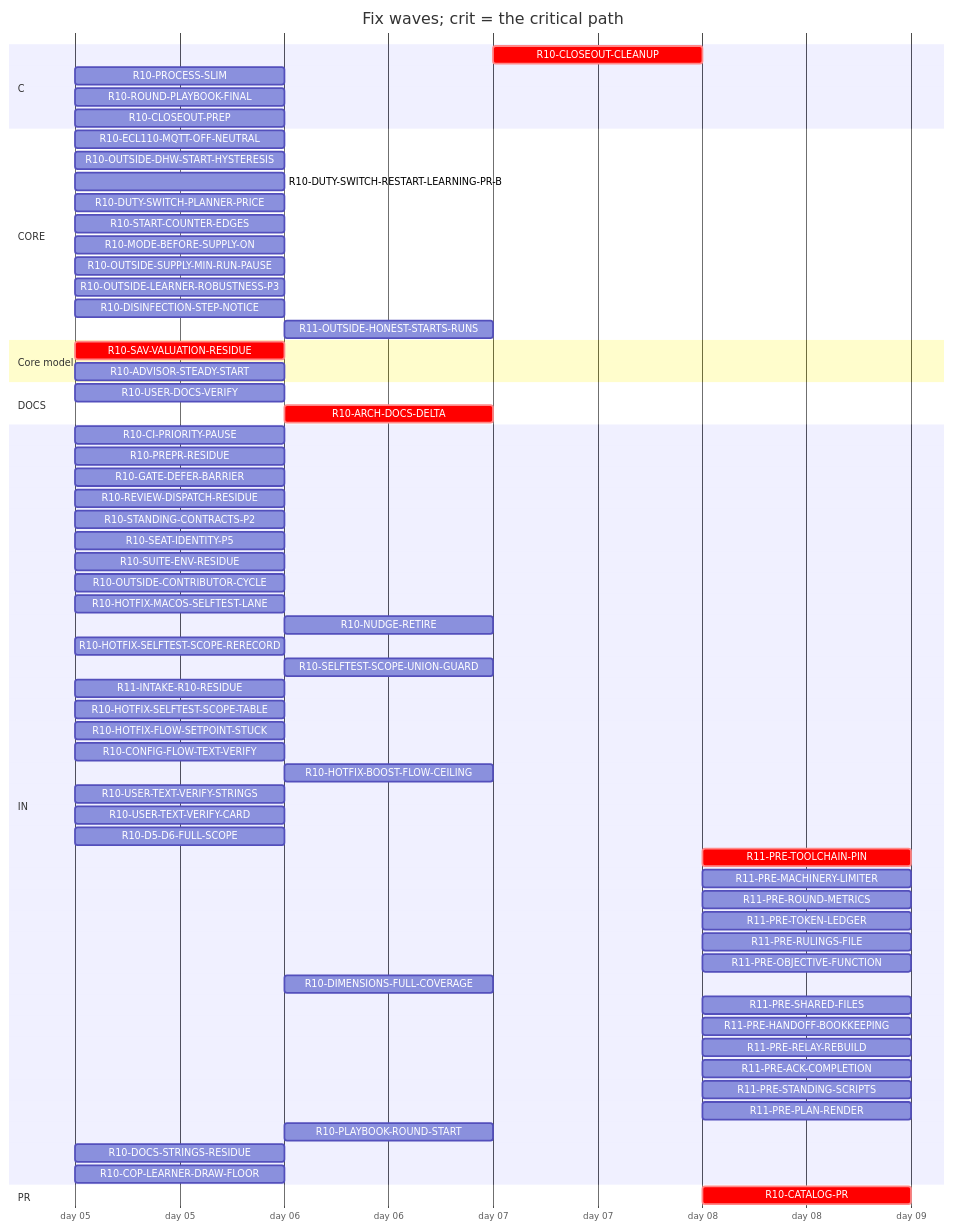
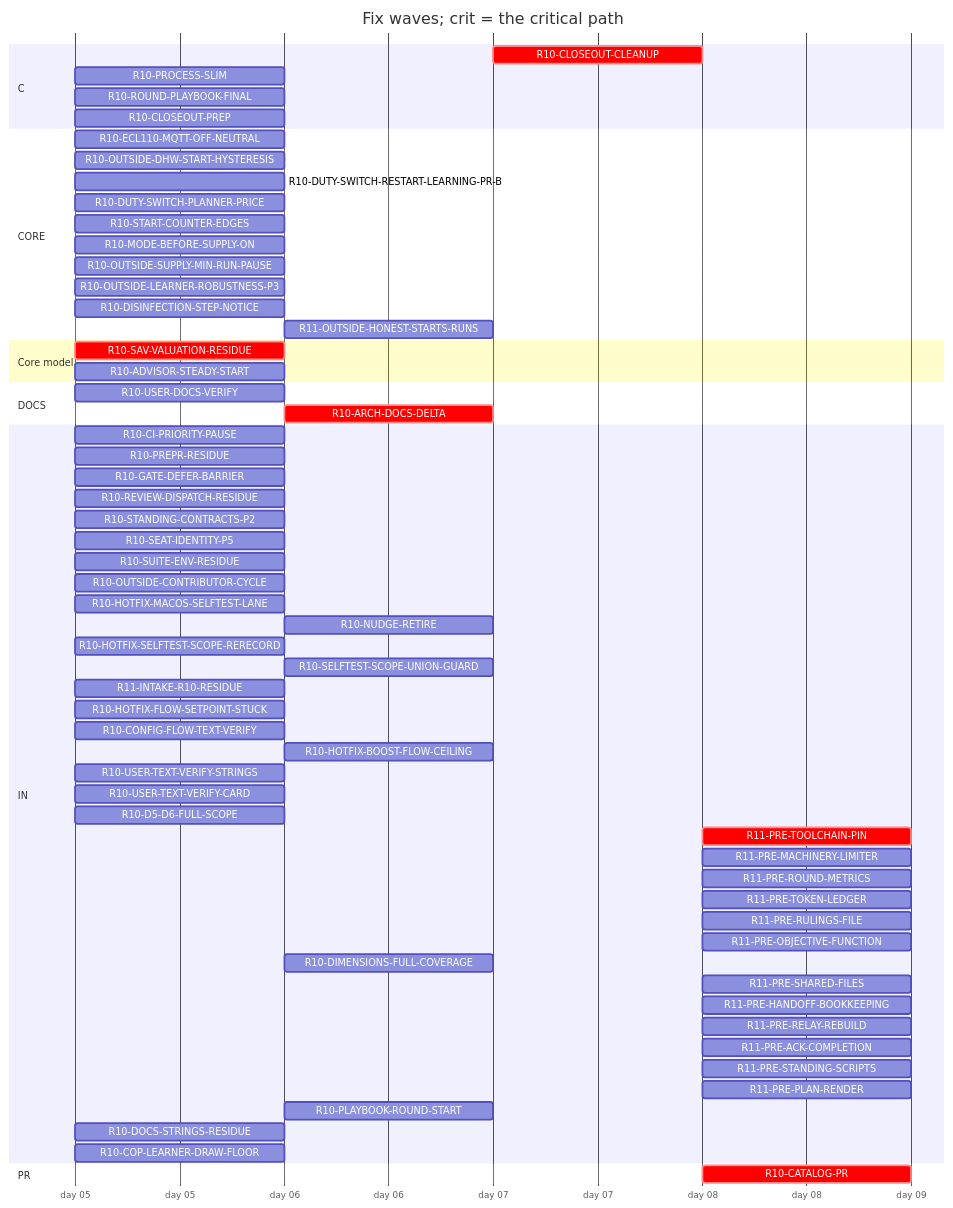
Before and after one commit to tvofi/heatpump_optimizer: the diagram in handoff/round10/state/PLAN-TABLE.md, drawn with Mermaid. The commit also changed other lines of this file and 4 other files, not shown here.

Commit message:
state: FLOW-BOARD.md, NEXT-SESSION-PROMPT.md, PLAN-TABLE.md, PLAN.html, RESUME-CURRENT.md regenerated (state_docs.py)

````diff
--- a/handoff/round10/state/PLAN-TABLE.md
+++ b/handoff/round10/state/PLAN-TABLE.md
@@ -19,67 +19,66 @@
 ```mermaid
 gantt
   title Fix waves; crit = the critical path
   dateFormat YYYY-MM-DD
   axisFormat day %d
   section C
     R10-CLOSEOUT-CLEANUP :crit, r10CLOSEOUTCLEANUP, after r10USERDOCSVERIFY r10CLOSEOUTPREP r10ARCHDOCSDELTA, 1d
     R10-PROCESS-SLIM :r10PROCESSSLIM, 2026-01-05, 1d
     R10-ROUND-PLAYBOOK-FINAL :r10ROUNDPLAYBOOKFINAL, 2026-01-05, 1d
     R10-CLOSEOUT-PREP :r10CLOSEOUTPREP, 2026-01-05, 1d
   section CORE
     R10-ECL110-MQTT-OFF-NEUTRAL :r10ECL110MQTTOFFNEUTRAL, 2026-01-05, 1d
     R10-OUTSIDE-DHW-START-HYSTERESIS :r10OUTSIDEDHWSTARTHYSTERESIS, 2026-01-05, 1d
     R10-DUTY-SWITCH-RESTART-LEARNING-PR-B :r10DUTYSWITCHRESTARTLEARNINGPRB, 2026-01-05, 1d
     R10-DUTY-SWITCH-PLANNER-PRICE :r10DUTYSWITCHPLANNERPRICE, 2026-01-05, 1d
     R10-START-COUNTER-EDGES :r10STARTCOUNTEREDGES, 2026-01-05, 1d
     R10-MODE-BEFORE-SUPPLY-ON :r10MODEBEFORESUPPLYON, 2026-01-05, 1d
     R10-OUTSIDE-SUPPLY-MIN-RUN-PAUSE :r10OUTSIDESUPPLYMINRUNPAUSE, 2026-01-05, 1d
     R10-OUTSIDE-LEARNER-ROBUSTNESS-P3 :r10OUTSIDELEARNERROBUSTNESSP3, 2026-01-05, 1d
     R10-DISINFECTION-STEP-NOTICE :r10DISINFECTIONSTEPNOTICE, 2026-01-05, 1d
     R11-OUTSIDE-HONEST-STARTS-RUNS :r11OUTSIDEHONESTSTARTSRUNS, after r10DUTYSWITCHPLANNERPRICE r10OUTSIDEDHWSTARTHYSTERESIS r10OUTSIDESUPPLYMINRUNPAUSE r10ADVISORSTEADYSTART, 1d
   section Core model
     R10-SAV-VALUATION-RESIDUE :crit, r10SAVVALUATIONRESIDUE, 2026-01-05, 1d
     R10-ADVISOR-STEADY-START :r10ADVISORSTEADYSTART, 2026-01-05, 1d
   section DOCS
     R10-USER-DOCS-VERIFY :r10USERDOCSVERIFY, 2026-01-05, 1d
     R10-ARCH-DOCS-DELTA :crit, r10ARCHDOCSDELTA, after r10SAVVALUATIONRESIDUE r10ADVISORSTEADYSTART, 1d
   section IN
     R10-CI-PRIORITY-PAUSE :r10CIPRIORITYPAUSE, 2026-01-05, 1d
     R10-PREPR-RESIDUE :r10PREPRRESIDUE, 2026-01-05, 1d
     R10-GATE-DEFER-BARRIER :r10GATEDEFERBARRIER, 2026-01-05, 1d
     R10-REVIEW-DISPATCH-RESIDUE :r10REVIEWDISPATCHRESIDUE, 2026-01-05, 1d
     R10-STANDING-CONTRACTS-P2 :r10STANDINGCONTRACTSP2, 2026-01-05, 1d
     R10-SEAT-IDENTITY-P5 :r10SEATIDENTITYP5, 2026-01-05, 1d
     R10-SUITE-ENV-RESIDUE :r10SUITEENVRESIDUE, 2026-01-05, 1d
     R10-OUTSIDE-CONTRIBUTOR-CYCLE :r10OUTSIDECONTRIBUTORCYCLE, 2026-01-05, 1d
     R10-HOTFIX-MACOS-SELFTEST-LANE :r10HOTFIXMACOSSELFTESTLANE, 2026-01-05, 1d
     R10-NUDGE-RETIRE :r10NUDGERETIRE, after r10ROUNDPLAYBOOKFINAL, 1d
     R10-HOTFIX-SELFTEST-SCOPE-RERECORD :r10HOTFIXSELFTESTSCOPERERECORD, 2026-01-05, 1d
     R10-SELFTEST-SCOPE-UNION-GUARD :r10SELFTESTSCOPEUNIONGUARD, after r10HOTFIXSELFTESTSCOPERERECORD, 1d
     R11-INTAKE-R10-RESIDUE :r11INTAKER10RESIDUE, 2026-01-05, 1d
-    R10-HOTFIX-SELFTEST-SCOPE-TABLE :r10HOTFIXSELFTESTSCOPETABLE, 2026-01-05, 1d
     R10-HOTFIX-FLOW-SETPOINT-STUCK :r10HOTFIXFLOWSETPOINTSTUCK, 2026-01-05, 1d
     R10-CONFIG-FLOW-TEXT-VERIFY :r10CONFIGFLOWTEXTVERIFY, 2026-01-05, 1d
     R10-HOTFIX-BOOST-FLOW-CEILING :r10HOTFIXBOOSTFLOWCEILING, after r10HOTFIXFLOWSETPOINTSTUCK, 1d
     R10-USER-TEXT-VERIFY-STRINGS :r10USERTEXTVERIFYSTRINGS, 2026-01-05, 1d
     R10-USER-TEXT-VERIFY-CARD :r10USERTEXTVERIFYCARD, 2026-01-05, 1d
     R10-D5-D6-FULL-SCOPE :r10D5D6FULLSCOPE, 2026-01-05, 1d
     R11-PRE-TOOLCHAIN-PIN :crit, r11PRETOOLCHAINPIN, after r10CATALOGPR, 1d
     R11-PRE-MACHINERY-LIMITER :r11PREMACHINERYLIMITER, after r10CATALOGPR, 1d
     R11-PRE-ROUND-METRICS :r11PREROUNDMETRICS, after r10CATALOGPR, 1d
     R11-PRE-TOKEN-LEDGER :r11PRETOKENLEDGER, after r10CATALOGPR, 1d
     R11-PRE-RULINGS-FILE :r11PRERULINGSFILE, after r10CATALOGPR, 1d
     R11-PRE-OBJECTIVE-FUNCTION :r11PREOBJECTIVEFUNCTION, after r10CATALOGPR, 1d
     R10-DIMENSIONS-FULL-COVERAGE :r10DIMENSIONSFULLCOVERAGE, after r10D5D6FULLSCOPE, 1d
     R11-PRE-SHARED-FILES :r11PRESHAREDFILES, after r10CATALOGPR, 1d
     R11-PRE-HANDOFF-BOOKKEEPING :r11PREHANDOFFBOOKKEEPING, after r10CATALOGPR, 1d
     R11-PRE-RELAY-REBUILD :r11PRERELAYREBUILD, after r10CATALOGPR, 1d
     R11-PRE-ACK-COMPLETION :r11PREACKCOMPLETION, after r10CATALOGPR, 1d
     R11-PRE-STANDING-SCRIPTS :r11PRESTANDINGSCRIPTS, after r10CATALOGPR, 1d
     R11-PRE-PLAN-RENDER :r11PREPLANRENDER, after r10CATALOGPR, 1d
     R10-PLAYBOOK-ROUND-START :r10PLAYBOOKROUNDSTART, after r10ROUNDPLAYBOOKFINAL, 1d
     R10-DOCS-STRINGS-RESIDUE :r10DOCSSTRINGSRESIDUE, 2026-01-05, 1d
     R10-COP-LEARNER-DRAW-FLOOR :r10COPLEARNERDRAWFLOOR, 2026-01-05, 1d
   section PR
     R10-CATALOG-PR :crit, r10CATALOGPR, after r10USERDOCSVERIFY r10CLOSEOUTCLEANUP r10CLOSEOUTPREP r10ARCHDOCSDELTA, 1d
 ```
````
